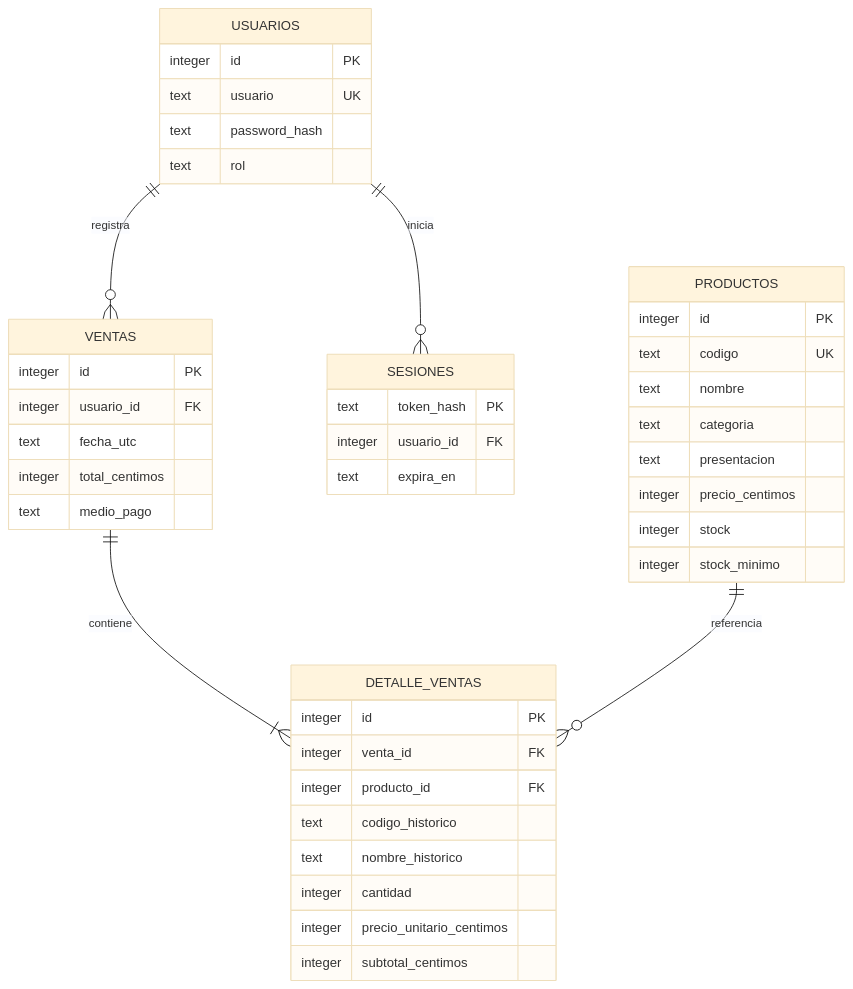
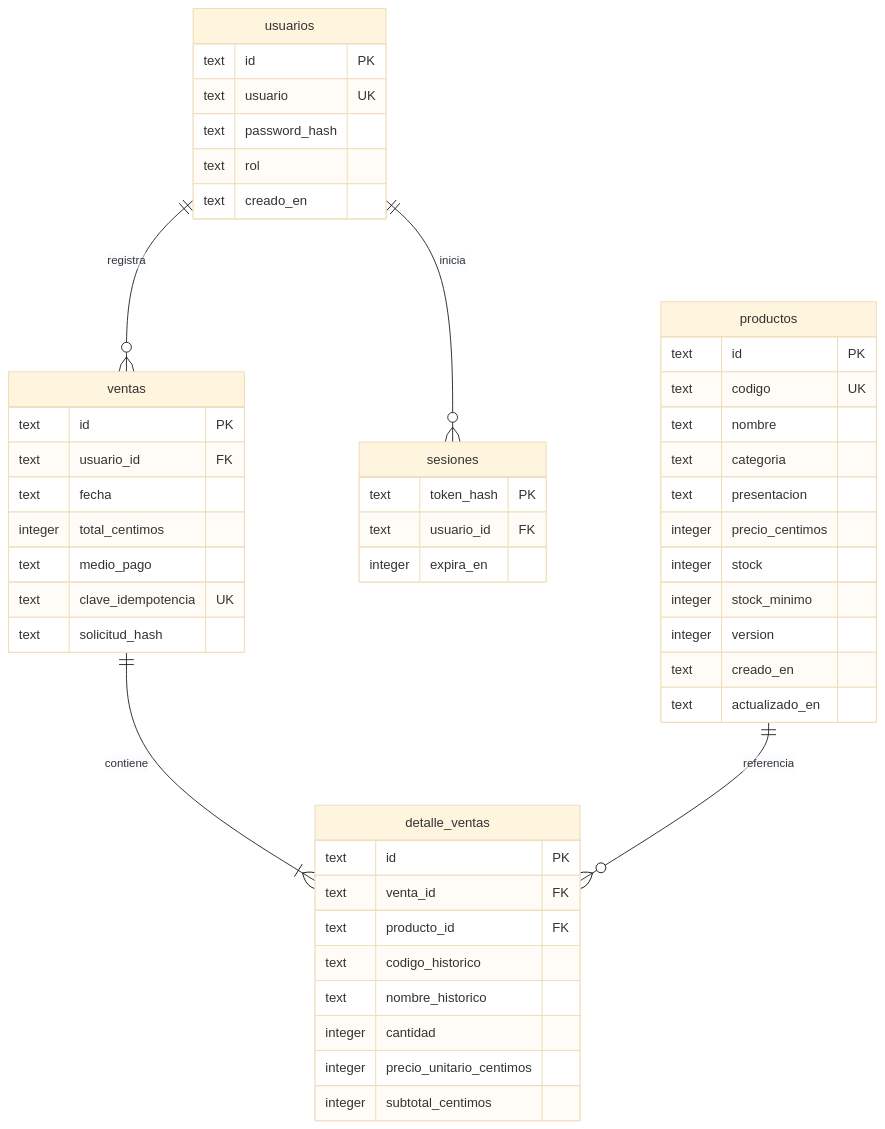
One commit to sevenxfake-cmyk/NovaSalud changed the second of 3 diagrams in docs/SENATI.md. Above: the diagram before and after it, drawn with Mermaid (base theme). The commit also changed other lines of this file and 40 other files, not shown here.

````diff
--- a/docs/SENATI.md
+++ b/docs/SENATI.md
@@ -64,45 +52,51 @@
 ```mermaid
 erDiagram
-  USUARIOS ||--o{ VENTAS : registra
-  USUARIOS ||--o{ SESIONES : inicia
-  VENTAS ||--|{ DETALLE_VENTAS : contiene
-  PRODUCTOS ||--o{ DETALLE_VENTAS : referencia
-  USUARIOS {
-    integer id PK
+  usuarios ||--o{ ventas : registra
+  usuarios ||--o{ sesiones : inicia
+  ventas ||--|{ detalle_ventas : contiene
+  productos ||--o{ detalle_ventas : referencia
+  usuarios {
+    text id PK
     text usuario UK
     text password_hash
     text rol
+    text creado_en
   }
-  SESIONES {
+  sesiones {
     text token_hash PK
-    integer usuario_id FK
-    text expira_en
+    text usuario_id FK
+    integer expira_en
   }
-  PRODUCTOS {
-    integer id PK
+  productos {
+    text id PK
     text codigo UK
     text nombre
     text categoria
     text presentacion
     integer precio_centimos
     integer stock
     integer stock_minimo
+    integer version
+    text creado_en
+    text actualizado_en
   }
-  VENTAS {
-    integer id PK
-    integer usuario_id FK
-    text fecha_utc
+  ventas {
+    text id PK
+    text usuario_id FK
+    text fecha
     integer total_centimos
     text medio_pago
+    text clave_idempotencia UK
+    text solicitud_hash
   }
-  DETALLE_VENTAS {
-    integer id PK
-    integer venta_id FK
-    integer producto_id FK
+  detalle_ventas {
+    text id PK
+    text venta_id FK
+    text producto_id FK
     text codigo_historico
     text nombre_historico
     integer cantidad
     integer precio_unitario_centimos
     integer subtotal_centimos
   }
 ```
````
